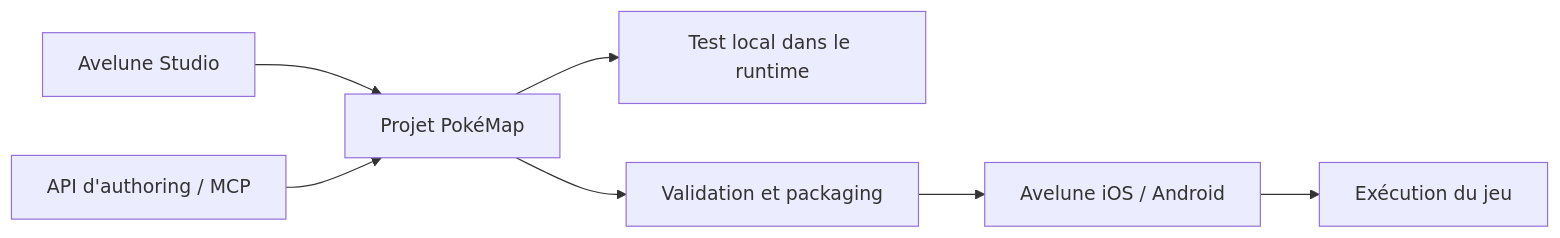
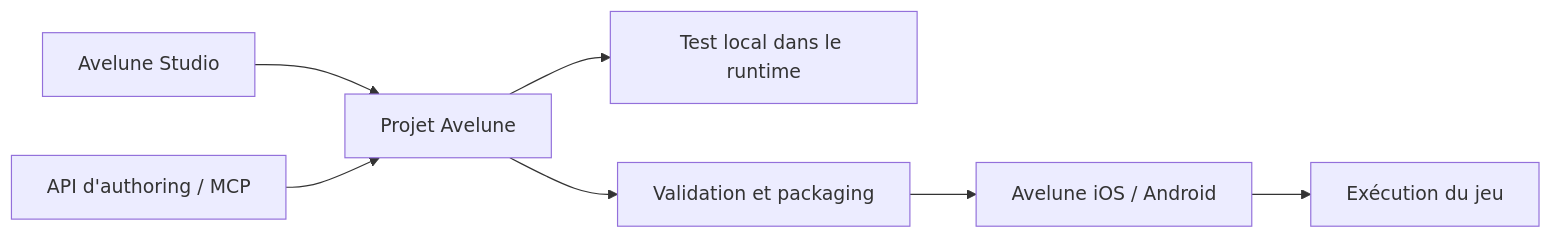
The diagram in README.md (yoahnl/pokemap), drawn with Mermaid before and after one commit. The commit also changed other lines of this file, not shown here.

Commit message:
docs: present Avelune Studio in 2D and 3D [skip ci]

````diff
--- a/README.md
+++ b/README.md
@@ -80,9 +80,9 @@
 ```mermaid
 flowchart LR
-    Editor["Avelune Studio"] --> Project["Projet PokéMap"]
+    Editor["Avelune Studio"] --> Project["Projet Avelune"]
     Automation["API d'authoring / MCP"] --> Project
     Project --> Playtest["Test local dans le runtime"]
     Project --> Package["Validation et packaging"]
     Package --> Avelune["Avelune iOS / Android"]
     Avelune --> Runtime["Exécution du jeu"]
 ```
````
